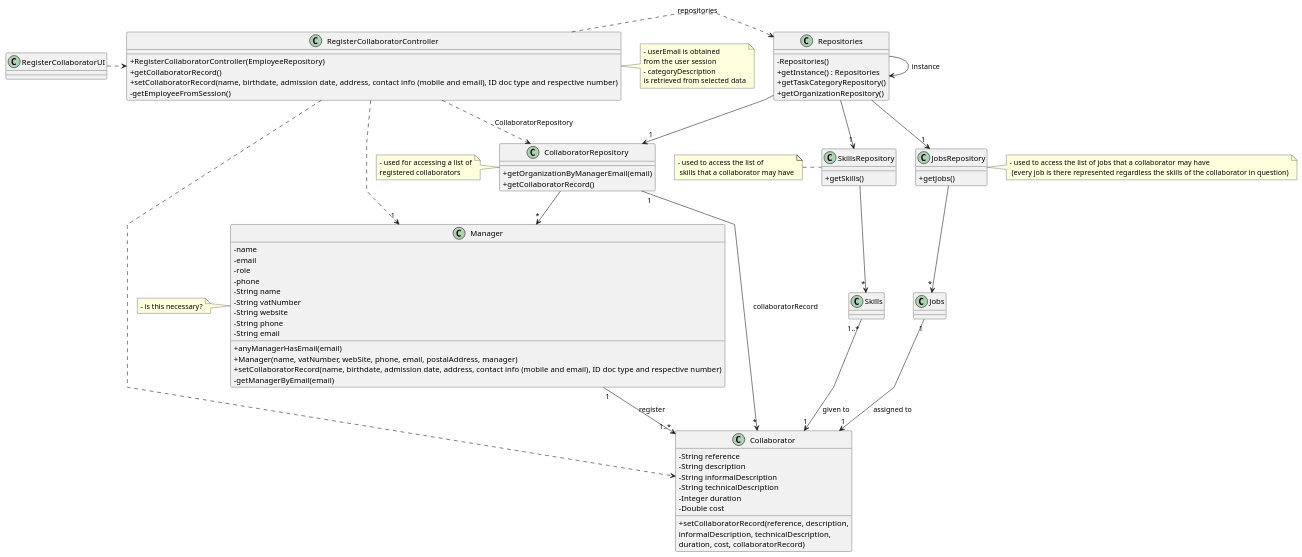
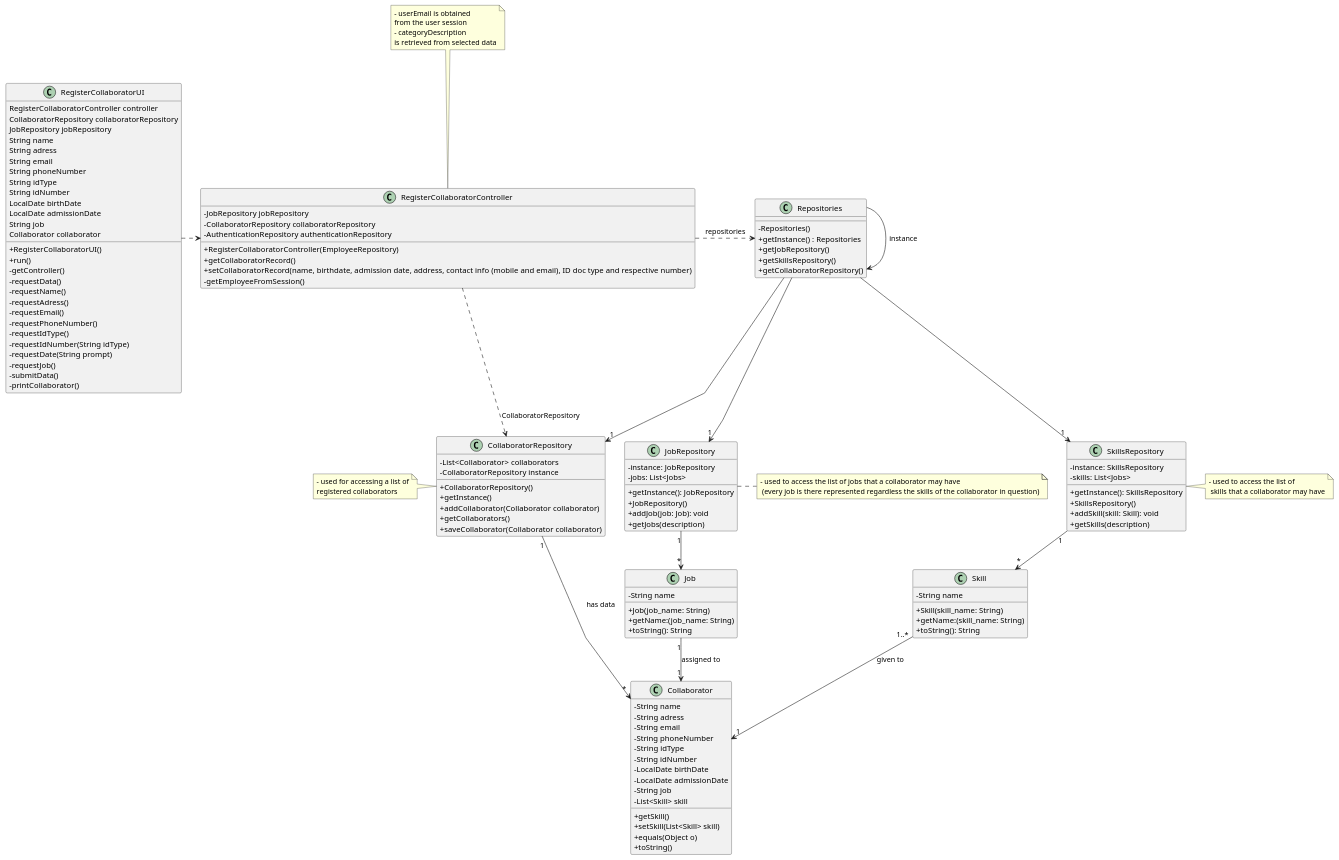
One commit to Departamento-de-Engenharia-Informatica/lei-24-s2-1df-1de-g063 changed the diagram in docs/sprintB/us003/03.design/puml/us03-class-diagram.puml. Above: the diagram before and after it, drawn with PlantUML. The commit also changed 1 other file, not shown here.

```diff
--- a/docs/sprintB/us003/03.design/puml/us03-class-diagram.puml
+++ b/docs/sprintB/us003/03.design/puml/us03-class-diagram.puml
@@ -1,127 +1,172 @@
 @startuml
 'skinparam monochrome true
 skinparam packageStyle rectangle
 skinparam shadowing false
 skinparam linetype polyline
 'skinparam linetype orto
 
 skinparam classAttributeIconSize 0
 
 'left to right direction
+class Collaborator {
+    - String name
+    - String adress
+    - String email
+    - String phoneNumber
+    - String idType
+    - String idNumber
+    - LocalDate birthDate
+    - LocalDate admissionDate
+    - String job
+    - List<Skill> skill
 
+    +getSkill()
+    +setSkill(List<Skill> skill)
+    +equals(Object o)
+    +toString()
 
-class Manager {
-    - name
-    - email
-    - role
-    - phone
 }
 
-class Collaborator {
-    - String reference
-    - String description
-    - String informalDescription
-    - String technicalDescription
-    - Integer duration
-    - Double cost
+class Skill {
+    - String name
 
-    + setCollaboratorRecord(reference, description,\ninformalDescription, technicalDescription,\nduration, cost, collaboratorRecord)
+    + Skill(skill_name: String)
+    + getName:(skill_name: String)
+    + toString(): String
+}
+class SkillsRepository {
+
+    - instance: SkillsRepository
+    - skills: List<Jobs>
+    + getInstance(): SkillsRepository
+    + SkillsRepository()
+    + addSkill(skill: Skill): void
+    + getSkills(description)
+
 }
 
+class Job {
+    - String name
 
-class Manager {
-    - String name
-    - String vatNumber
-    - String website
-    - String phone
-    - String email
+    + Job(job_name: String)
+    + getName:(job_name: String)
+    + toString(): String
+}
 
-    + anyManagerHasEmail(email)
-    + Manager(name, vatNumber, webSite, phone, email, postalAddress, manager)
-    + setCollaboratorRecord(name, birthdate, admission date, address, contact info (mobile and email), ID doc type and respective number)
-    - getManagerByEmail(email)
+class JobRepository {
 
-'  +saveTask(task)
+    - instance: JobRepository
+    - jobs: List<Jobs>
+    + getInstance(): JobRepository
+    + JobRepository()
+    + addJob(job: Job): void
+    + getJobs(description)
+
 }
-class Skills{}
-class SkillsRepository{
-    +getSkills()
-}
-class Jobs{}
-class JobsRepository{
-    +getJobs()
-}
-note left of SkillsRepository
+
+note right of SkillsRepository
     - used to access the list of
      skills that a collaborator may have
 end note
-note right of JobsRepository
+
+note right of JobRepository
     - used to access the list of jobs that a collaborator may have
      (every job is there represented regardless the skills of the collaborator in question)
 end note
 
 class CollaboratorRepository {
-    + getOrganizationByManagerEmail(email)
-    + getCollaboratorRecord()
+    -List<Collaborator> collaborators
+    -CollaboratorRepository instance
+
+    +CollaboratorRepository()
+    +getInstance()
+    +addCollaborator(Collaborator collaborator)
+    +getCollaborators()
+    +saveCollaborator(Collaborator collaborator)
 }
 
 class Repositories {
     - Repositories()
     + getInstance() : Repositories
-    + getTaskCategoryRepository()
-    + getOrganizationRepository()
+    + getJobRepository()
+    + getSkillsRepository()
+    + getCollaboratorRepository()
 }
 
 class RegisterCollaboratorController {
+    -JobRepository jobRepository
+    -CollaboratorRepository collaboratorRepository
+    -AuthenticationRepository authenticationRepository
+
     + RegisterCollaboratorController(EmployeeRepository)
     + getCollaboratorRecord()
     + setCollaboratorRecord(name, birthdate, admission date, address, contact info (mobile and email), ID doc type and respective number)
     - getEmployeeFromSession()
 }
 
-note right of RegisterCollaboratorController
+note top of RegisterCollaboratorController
     - userEmail is obtained
     from the user session
     - categoryDescription
     is retrieved from selected data
 end note
 
 note left of CollaboratorRepository
     - used for accessing a list of
     registered collaborators
 end note
 
 
-note left of Manager
-    - is this necessary?
-end note
+
 
 class RegisterCollaboratorUI {
+    RegisterCollaboratorController controller
+    CollaboratorRepository collaboratorRepository
+    JobRepository jobRepository
+    String name
+    String adress
+    String email
+    String phoneNumber
+    String idType
+    String idNumber
+    LocalDate birthDate
+    LocalDate admissionDate
+    String job
+    Collaborator collaborator
+
+    +RegisterCollaboratorUI()
+    +run()
+    -getController()
+    -requestData()
+    -requestName()
+    -requestAdress()
+    -requestEmail()
+    -requestPhoneNumber()
+    -requestIdType()
+    -requestIdNumber(String idType)
+    -requestDate(String prompt)
+    -requestJob()
+    -submitData()
+    -printCollaborator()
 }
 
 Repositories -> Repositories : instance
 
 RegisterCollaboratorUI .> RegisterCollaboratorController
 
 RegisterCollaboratorController .> Repositories : repositories
 
-RegisterCollaboratorController ..> Collaborator
 RegisterCollaboratorController ..> CollaboratorRepository : CollaboratorRepository
 
 Repositories --> "1" CollaboratorRepository
 
-CollaboratorRepository --> "*" Manager
-
-RegisterCollaboratorController ..> "1" Manager
-
-CollaboratorRepository "1" --> "*" Collaborator : collaboratorRecord
-Manager "1" --> "1..*" Collaborator : register
+CollaboratorRepository "1" --> "*" Collaborator : has data
 
 Repositories --> "1" SkillsRepository
-Repositories --> "1" JobsRepository
-SkillsRepository --> "*"Skills
-JobsRepository --> "*"Jobs
-Skills "1..*" --> "1" Collaborator : given to
-Jobs "1"--> "1" Collaborator : assigned to
+Repositories --> "1" JobRepository
+SkillsRepository "1" --> "*"Skill
+JobRepository "1" --> "*"Job
+Skill "1..*" --> "1" Collaborator : given to
+Job "1"--> "1" Collaborator : assigned to
 
 @enduml
```
